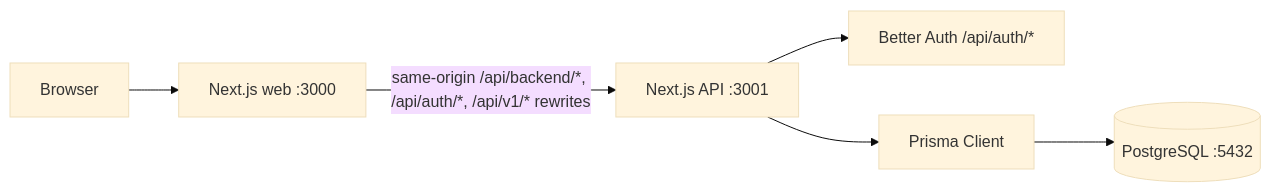
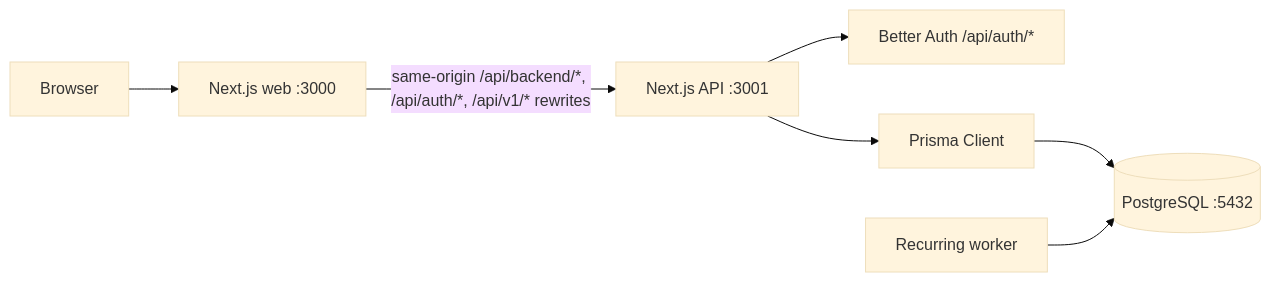
The diagram in docs/architecture.md (szusznorbert/family_finance), drawn with Mermaid (base theme) before and after one commit. The commit also changed other lines of this file and 154 other files, not shown here.

````diff
--- a/docs/architecture.md
+++ b/docs/architecture.md
@@ -36,8 +38,9 @@
 ```mermaid
 flowchart LR
     Browser[Browser] --> Web[Next.js web :3000]
     Web -- same-origin /api/backend/*, /api/auth/*, /api/v1/* rewrites --> API[Next.js API :3001]
     API --> Auth[Better Auth /api/auth/*]
     API --> Prisma[Prisma Client]
     Prisma --> DB[(PostgreSQL :5432)]
+    Worker[Recurring worker] --> DB
 ```
````
